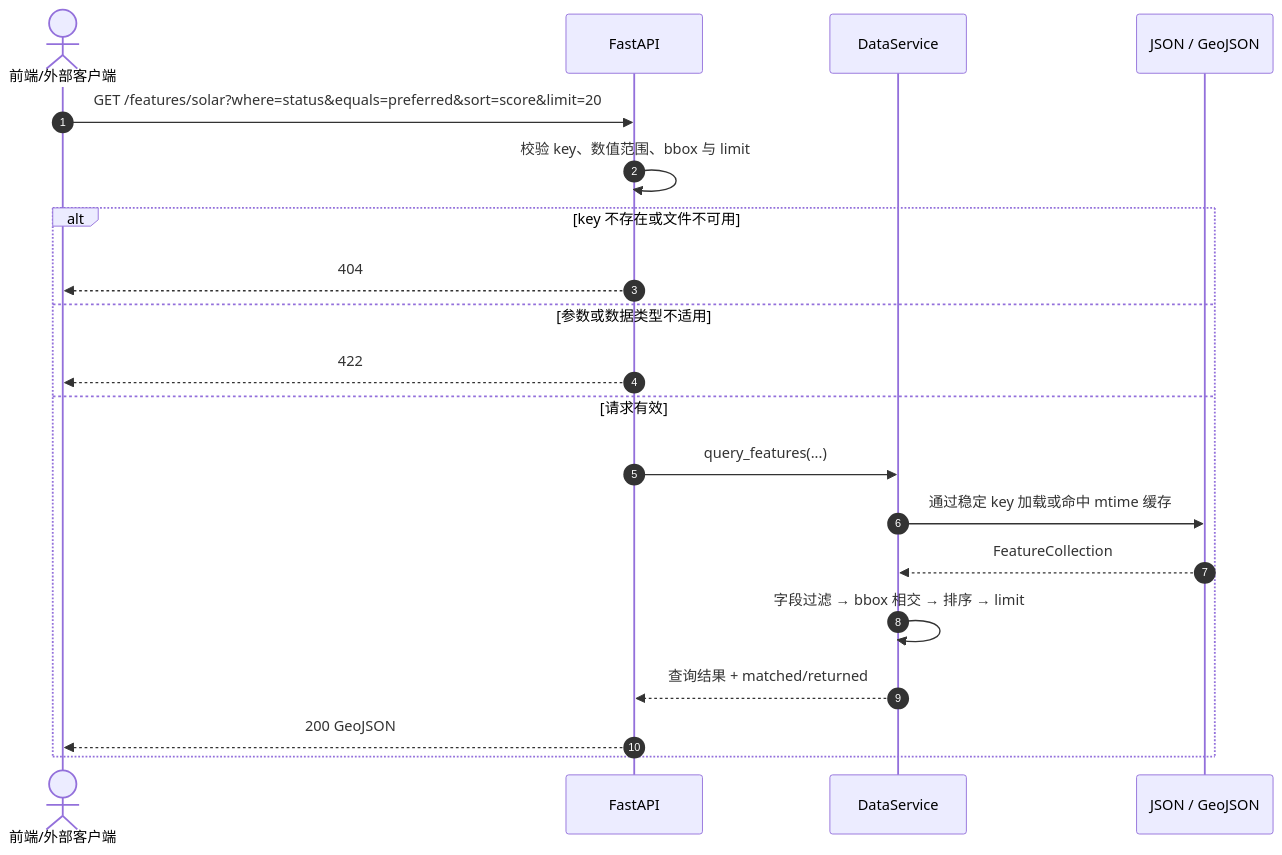
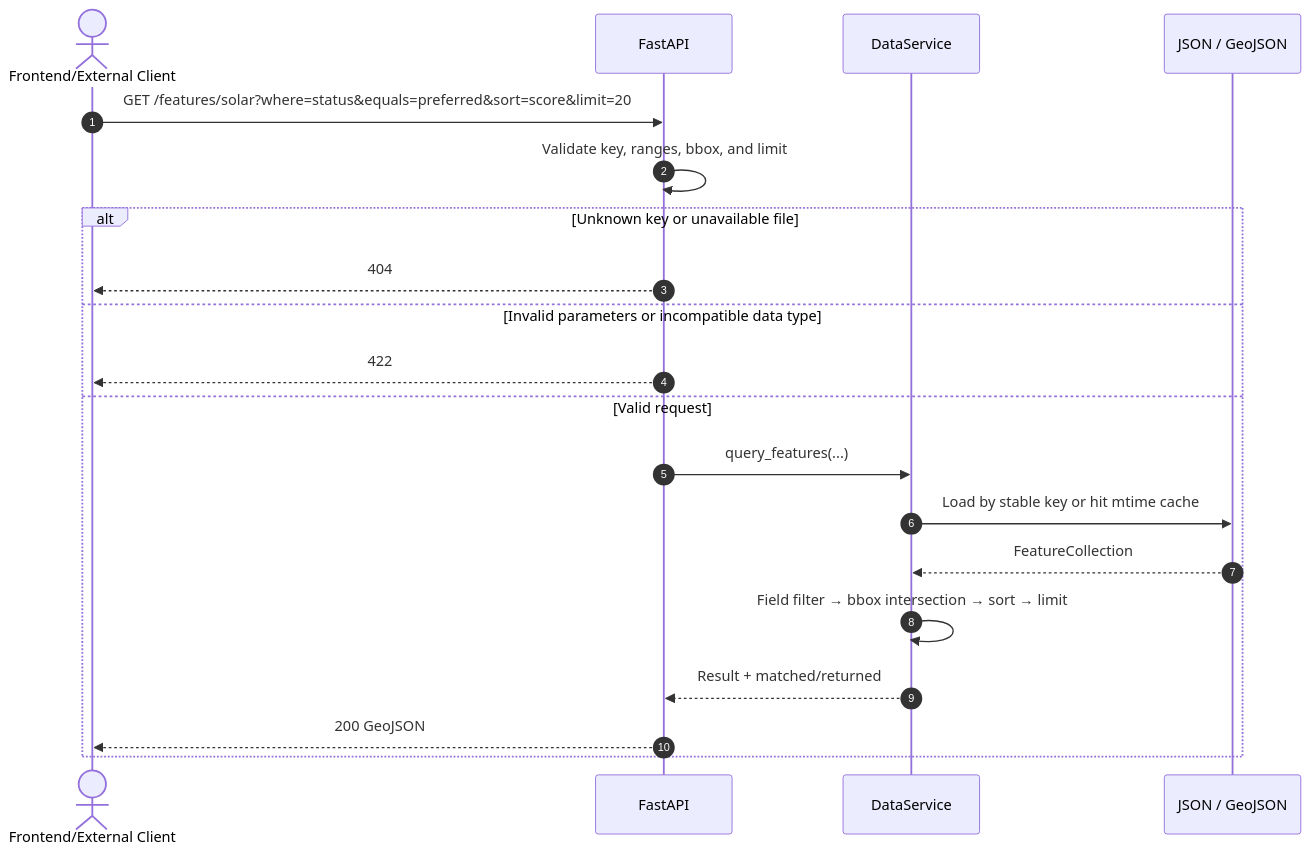
One commit to TsumiNa/terrai-spatial-intelligence changed the third of 3 diagrams in docs/architecture/FRONTEND_BACKEND.md. Above: the diagram before and after it, drawn with Mermaid. The commit also changed other lines of this file and 88 other files, not shown here.

````diff
--- a/docs/architecture/FRONTEND_BACKEND.md
+++ b/docs/architecture/FRONTEND_BACKEND.md
@@ -126,23 +126,23 @@
 ```mermaid
 sequenceDiagram
     autonumber
-    actor Client as 前端/外部客户端
+    actor Client as Frontend/External Client
     participant API as FastAPI
     participant Service as DataService
     participant FL as JSON / GeoJSON
 
     Client->>API: GET /features/solar?where=status&equals=preferred&sort=score&limit=20
-    API->>API: 校验 key、数值范围、bbox 与 limit
-    alt key 不存在或文件不可用
+    API->>API: Validate key, ranges, bbox, and limit
+    alt Unknown key or unavailable file
         API-->>Client: 404
-    else 参数或数据类型不适用
+    else Invalid parameters or incompatible data type
         API-->>Client: 422
-    else 请求有效
+    else Valid request
         API->>Service: query_features(...)
-        Service->>FL: 通过稳定 key 加载或命中 mtime 缓存
+        Service->>FL: Load by stable key or hit mtime cache
         FL-->>Service: FeatureCollection
-        Service->>Service: 字段过滤 → bbox 相交 → 排序 → limit
-        Service-->>API: 查询结果 + matched/returned
+        Service->>Service: Field filter → bbox intersection → sort → limit
+        Service-->>API: Result + matched/returned
         API-->>Client: 200 GeoJSON
     end
 ```
````
